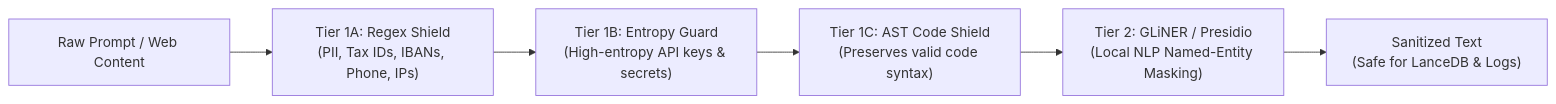
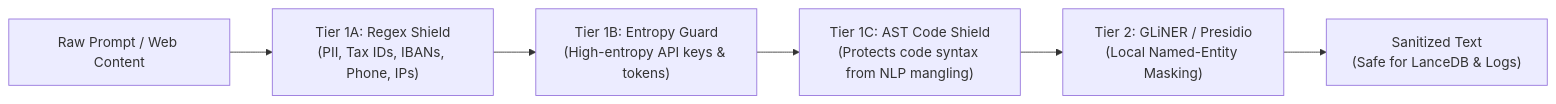
One commit to LaptopKing/Cephalo changed the first of 2 diagrams in README.md. Above: the diagram before and after it, drawn with Mermaid. The commit also changed other lines of this file and 10 other files, not shown here.

````diff
--- a/README.md
+++ b/README.md
@@ -88,8 +107,8 @@
 ```mermaid
 flowchart LR
     Input["Raw Prompt / Web Content"] --> T1A["Tier 1A: Regex Shield\n(PII, Tax IDs, IBANs, Phone, IPs)"]
-    T1A --> T1B["Tier 1B: Entropy Guard\n(High-entropy API keys & secrets)"]
-    T1B --> T1C["Tier 1C: AST Code Shield\n(Preserves valid code syntax)"]
-    T1C --> T2["Tier 2: GLiNER / Presidio\n(Local NLP Named-Entity Masking)"]
+    T1A --> T1B["Tier 1B: Entropy Guard\n(High-entropy API keys & tokens)"]
+    T1B --> T1C["Tier 1C: AST Code Shield\n(Protects code syntax from NLP mangling)"]
+    T1C --> T2["Tier 2: GLiNER / Presidio\n(Local Named-Entity Masking)"]
     T2 --> Clean["Sanitized Text\n(Safe for LanceDB & Logs)"]
 ```
````
